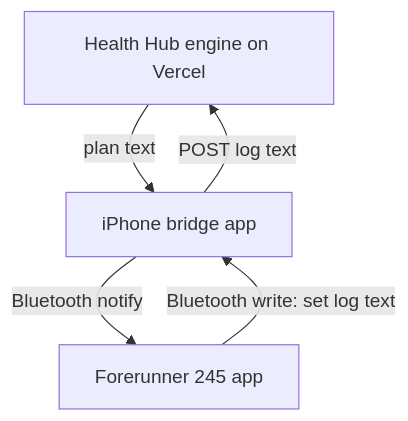
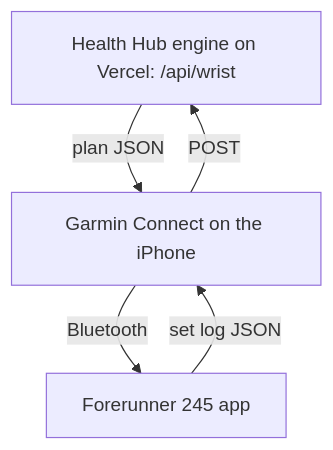
The diagram in docs/garmin-2026-11/design.md (djwclwbt-tech/health-hub), drawn with Mermaid before and after one commit. The commit also changed other lines of this file and 20 other files, not shown here.

First line of the commit message:
Garmin gym app for the Forerunner 245, plus review fixes on the server half

````diff
--- a/docs/garmin-2026-11/design.md
+++ b/docs/garmin-2026-11/design.md
@@ -7,7 +7,7 @@
 ```mermaid
 flowchart TD
-  A[Health Hub engine on Vercel] -->|plan text| B[iPhone bridge app]
-  B -->|Bluetooth notify| C[Forerunner 245 app]
-  C -->|Bluetooth write: set log text| B
-  B -->|POST log text| A
+  A[Health Hub engine on Vercel: /api/wrist] -->|plan JSON| B[Garmin Connect on the iPhone]
+  B -->|Bluetooth| C[Forerunner 245 app]
+  C -->|set log JSON| B
+  B -->|POST| A
 ```
````
